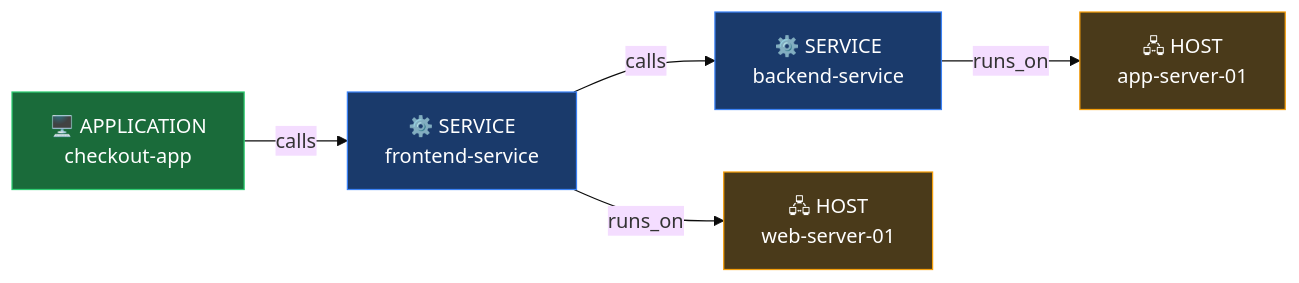
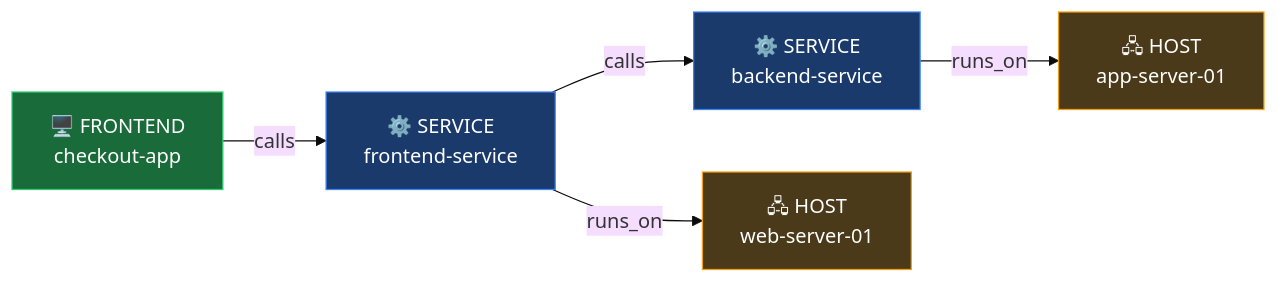
One commit to gabriel-dynatrace/smartscapes changed the first of 3 diagrams in README.md. Above: the diagram before and after it, drawn with Mermaid (base theme). The commit also changed other lines of this file and 1 other file, not shown here.

````diff
--- a/README.md
+++ b/README.md
@@ -28,17 +33,17 @@
 ```mermaid
 flowchart LR
-    APP["🖥️ APPLICATION\ncheckout-app"]:::app
+    APP["🖥️ FRONTEND\ncheckout-app"]:::app
     SVC1["⚙️ SERVICE\nfrontend-service"]:::svc
     SVC2["⚙️ SERVICE\nbackend-service"]:::svc
     HOST1["🖧 HOST\nweb-server-01"]:::host
     HOST2["🖧 HOST\napp-server-01"]:::host
 
     APP -->|"calls"| SVC1
     SVC1 -->|"calls"| SVC2
     SVC1 -->|"runs_on"| HOST1
     SVC2 -->|"runs_on"| HOST2
 
     classDef app fill:#1a6b3a,stroke:#2ecc71,color:#fff
     classDef svc fill:#1a3a6b,stroke:#3b82f6,color:#fff
     classDef host fill:#4a3a1a,stroke:#f59e0b,color:#fff
 ```
````
